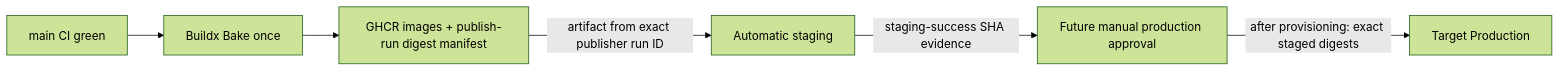
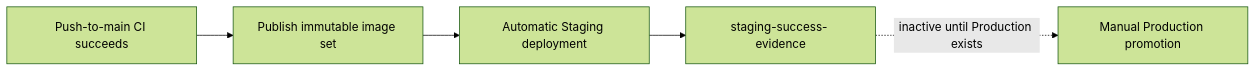
One commit to adnanalmahmut/ai-agent changed the diagram in docs/cd.md. Above: the diagram before and after it, drawn with Mermaid (forest theme). The commit also changed other lines of this file and 503 other files, not shown here.

````diff
--- a/docs/cd.md
+++ b/docs/cd.md
@@ -3,8 +3,7 @@
 ```mermaid
 flowchart LR
-  M[main CI green] --> B[Buildx Bake once]
-  B --> G[GHCR images + publish-run digest manifest]
-  G -->|artifact from exact publisher run ID| S[Automatic staging]
-  S -->|staging-success SHA evidence| P[Future manual production approval]
-  P -->|after provisioning: exact staged digests| R[Target Production]
+  C[Push-to-main CI succeeds] --> P[Publish immutable image set]
+  P --> S[Automatic Staging deployment]
+  S --> E[staging-success-<SHA> evidence]
+  E -. inactive until Production exists .-> R[Manual Production promotion]
 ```
````
